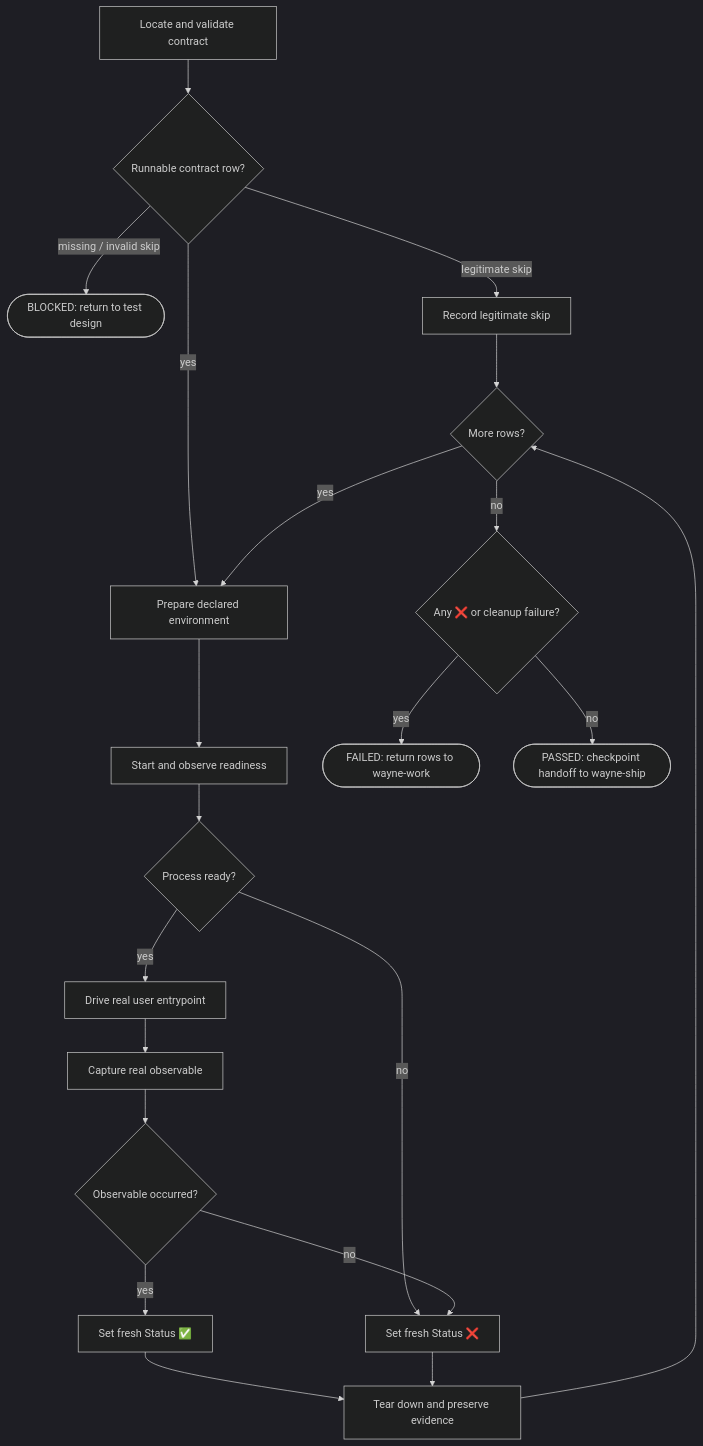
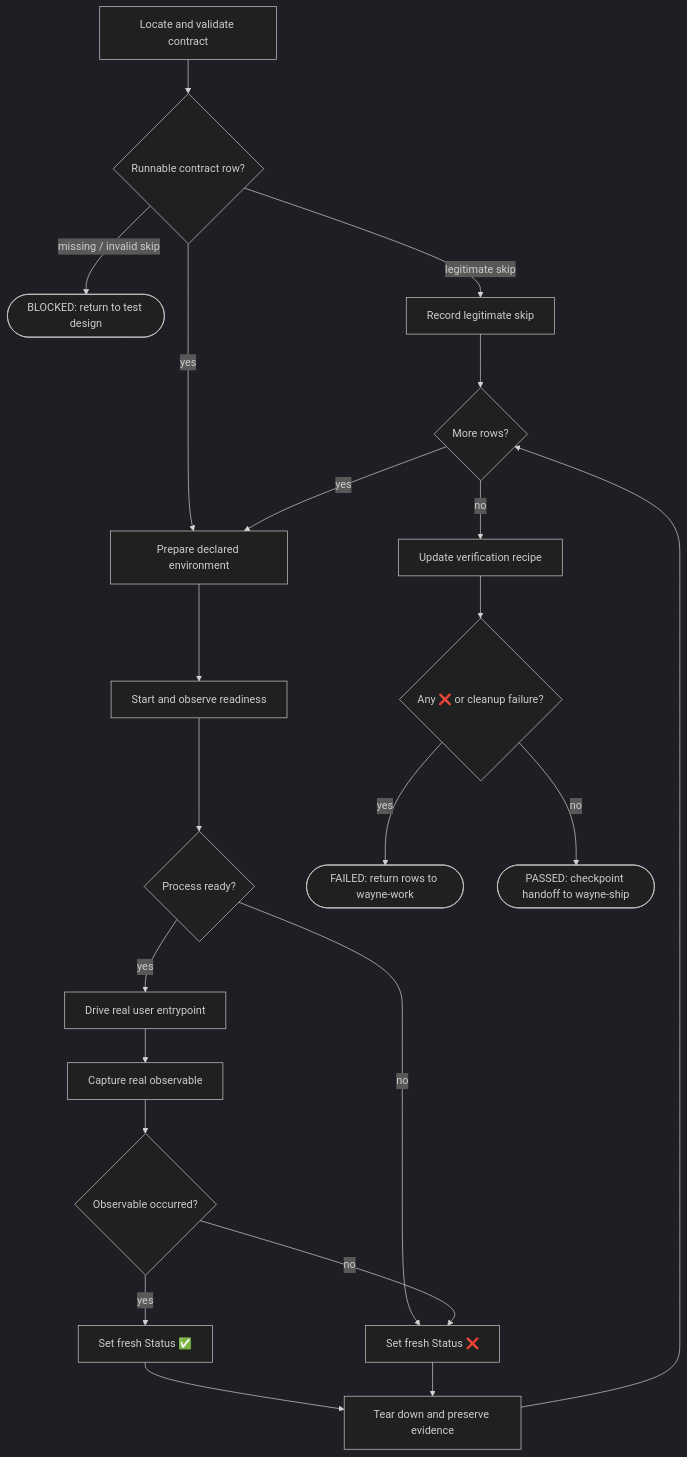
One commit to waynejing995/wayne-taste changed the diagram in wayne-verify/SKILL.md. Above: the diagram before and after it, drawn with Mermaid (dark theme). The commit also changed other lines of this file, not shown here.

First line of the commit message:
feat:/wayne-verify - keep a verified project recipe in docs/verification.md

````diff
--- a/wayne-verify/SKILL.md
+++ b/wayne-verify/SKILL.md
@@ -18,41 +18,43 @@
 ```mermaid
 flowchart TB
     A["Locate and validate contract"]
     B{"Runnable contract row?"}
     X(["BLOCKED: return to test design"])
     K["Record legitimate skip"]
     C["Prepare declared environment"]
     D["Start and observe readiness"]
     E{"Process ready?"}
     F["Drive real user entrypoint"]
     G["Capture real observable"]
     H{"Observable occurred?"}
     P["Set fresh Status ✅"]
     N["Set fresh Status ❌"]
     T["Tear down and preserve evidence"]
     M{"More rows?"}
+    R["Update verification recipe"]
     Q{"Any ❌ or cleanup failure?"}
     W(["FAILED: return rows to wayne-work"])
     S(["PASSED: checkpoint handoff to wayne-ship"])
 
     A --> B
     B -->|"missing / invalid skip"| X
     B -->|"legitimate skip"| K
     B -->|"yes"| C
     K --> M
     C --> D
     D --> E
     E -->|"no"| N
     E -->|"yes"| F
     F --> G
     G --> H
     H -->|"yes"| P
     H -->|"no"| N
     P --> T
     N --> T
     T --> M
     M -->|"yes"| C
-    M -->|"no"| Q
+    M -->|"no"| R
+    R --> Q
     Q -->|"yes"| W
     Q -->|"no"| S
 ```
````
